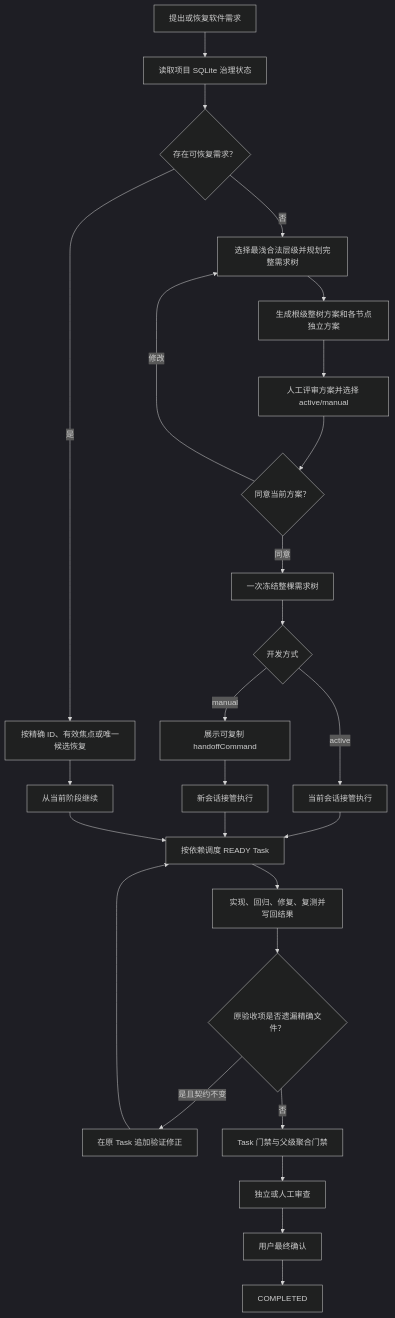
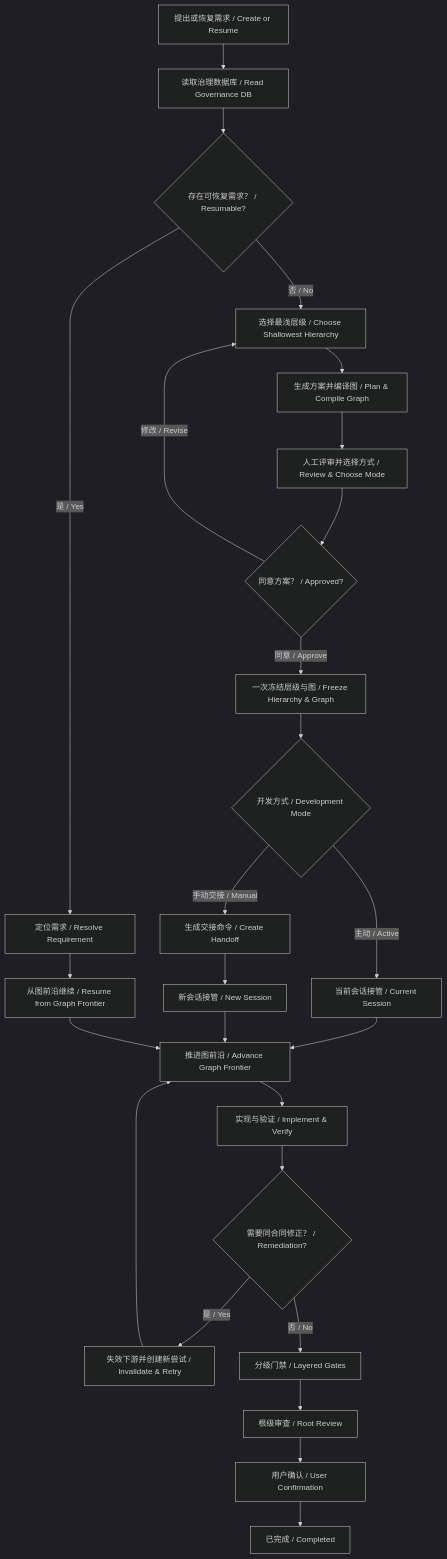
One commit to feng123321li/gated-ai-dev-loop changed the diagram in README.md. Above: the diagram before and after it, drawn with Mermaid (dark theme). The commit also changed other lines of this file and 33 other files, not shown here.

Commit message:
Upgrade layered delivery to graph engineering

````diff
--- a/README.md
+++ b/README.md
@@ -39,28 +42,28 @@
 ```mermaid
 flowchart TD
-    A["提出或恢复软件需求"] --> B["读取项目 SQLite 治理状态"]
-    B --> C{"存在可恢复需求？"}
-    C -->|"是"| R["按精确 ID、有效焦点或唯一候选恢复"]
-    C -->|"否"| D["选择最浅合法层级并规划完整需求树"]
-    R --> X["从当前阶段继续"]
-    D --> E["生成根级整树方案和各节点独立方案"]
-    E --> F["人工评审方案并选择 active/manual"]
-    F --> G{"同意当前方案？"}
-    G -->|"修改"| D
-    G -->|"同意"| H["一次冻结整棵需求树"]
-    H --> I{"开发方式"}
-    I -->|"active"| J["当前会话接管执行"]
-    I -->|"manual"| K["展示可复制 handoffCommand"]
-    K --> L["新会话接管执行"]
-    J --> M["按依赖调度 READY Task"]
+    A["提出或恢复需求 / Create or Resume"] --> B["读取治理数据库 / Read Governance DB"]
+    B --> C{"存在可恢复需求？ / Resumable?"}
+    C -->|"是 / Yes"| R["定位需求 / Resolve Requirement"]
+    C -->|"否 / No"| D["选择最浅层级 / Choose Shallowest Hierarchy"]
+    R --> X["从图前沿继续 / Resume from Graph Frontier"]
+    D --> E["生成方案并编译图 / Plan & Compile Graph"]
+    E --> F["人工评审并选择方式 / Review & Choose Mode"]
+    F --> G{"同意方案？ / Approved?"}
+    G -->|"修改 / Revise"| D
+    G -->|"同意 / Approve"| H["一次冻结层级与图 / Freeze Hierarchy & Graph"]
+    H --> I{"开发方式 / Development Mode"}
+    I -->|"主动 / Active"| J["当前会话接管 / Current Session"]
+    I -->|"手动交接 / Manual"| K["生成交接命令 / Create Handoff"]
+    K --> L["新会话接管 / New Session"]
+    J --> M["推进图前沿 / Advance Graph Frontier"]
     L --> M
     X --> M
-    M --> N["实现、回归、修复、复测并写回结果"]
-    N --> O{"原验收项是否遗漏精确文件？"}
-    O -->|"是且契约不变"| P["在原 Task 追加验证修正"]
+    M --> N["实现与验证 / Implement & Verify"]
+    N --> O{"需要同合同修正？ / Remediation?"}
+    O -->|"是 / Yes"| P["失效下游并创建新尝试 / Invalidate & Retry"]
     P --> M
-    O -->|"否"| Q["Task 门禁与父级聚合门禁"]
-    Q --> S["独立或人工审查"]
-    S --> T["用户最终确认"]
-    T --> U["COMPLETED"]
+    O -->|"否 / No"| Q["分级门禁 / Layered Gates"]
+    Q --> S["根级审查 / Root Review"]
+    S --> T["用户确认 / User Confirmation"]
+    T --> U["已完成 / Completed"]
 ```
````
